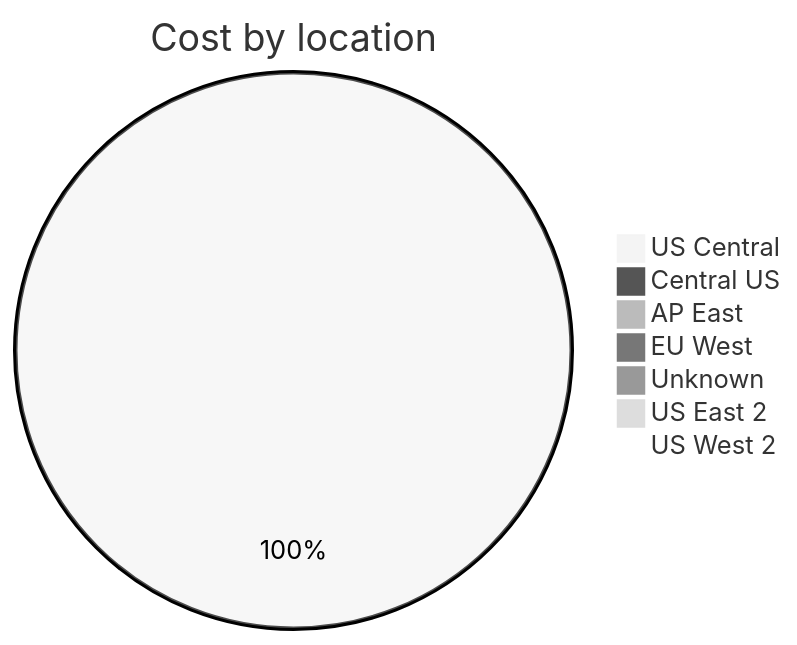
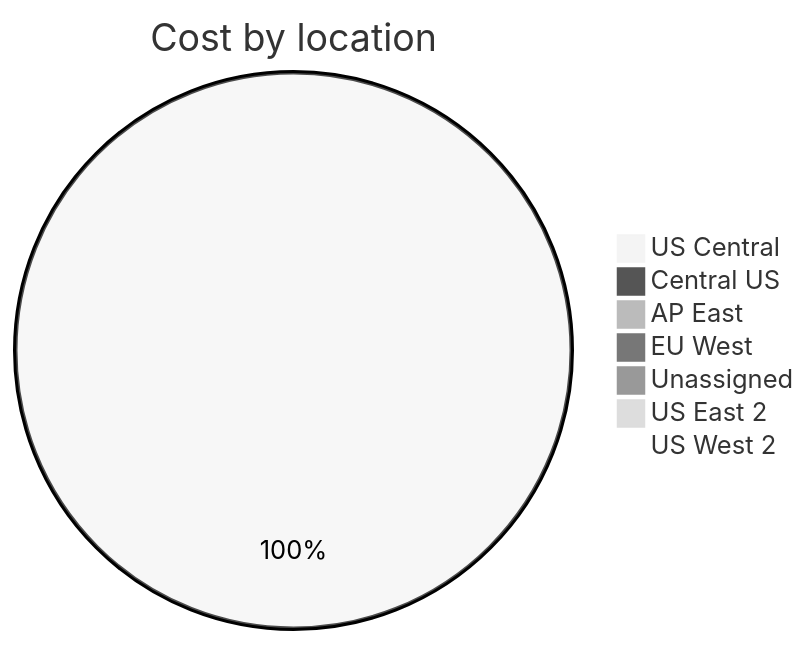
The third of 4 diagrams in cost-reports/personal-site/README.md (jpfulton/azure-personal-reports), drawn with Mermaid (neutral theme) before and after one commit. The commit also changed other lines of this file and 7 other files, not shown here.

````diff
--- a/cost-reports/personal-site/README.md
+++ b/cost-reports/personal-site/README.md
@@ -123,11 +123,11 @@
 ```mermaid
 pie
    title Cost by location
-   "US Central" : 15.93
-   "Central US" : 0.04
+   "US Central" : 16.47
+   "Central US" : 0.07
    "AP East" : 0.00
    "EU West" : 0.00
-   "Unknown" : 0.00
+   "Unassigned" : 0.00
    "US East 2" : 0.00
    "US West 2" : 0.00
 ```
````
